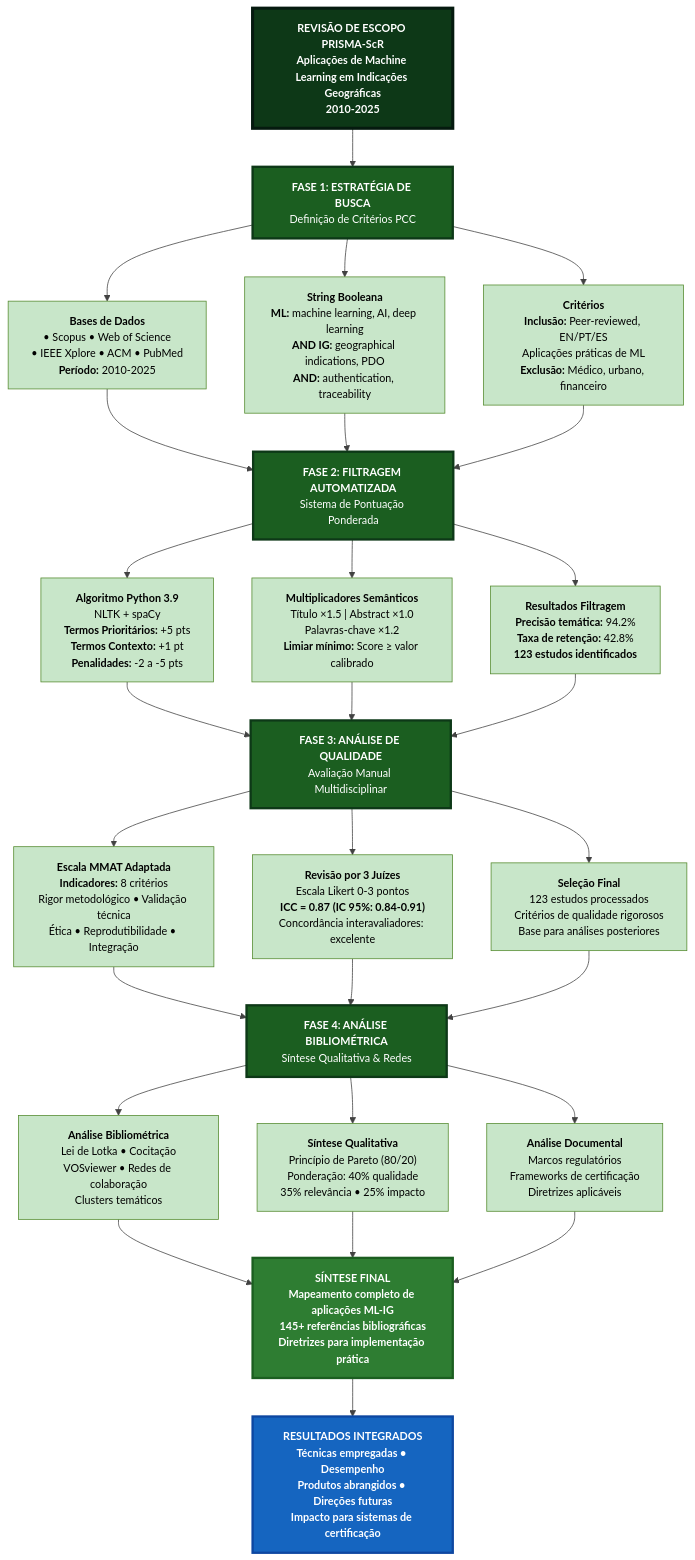
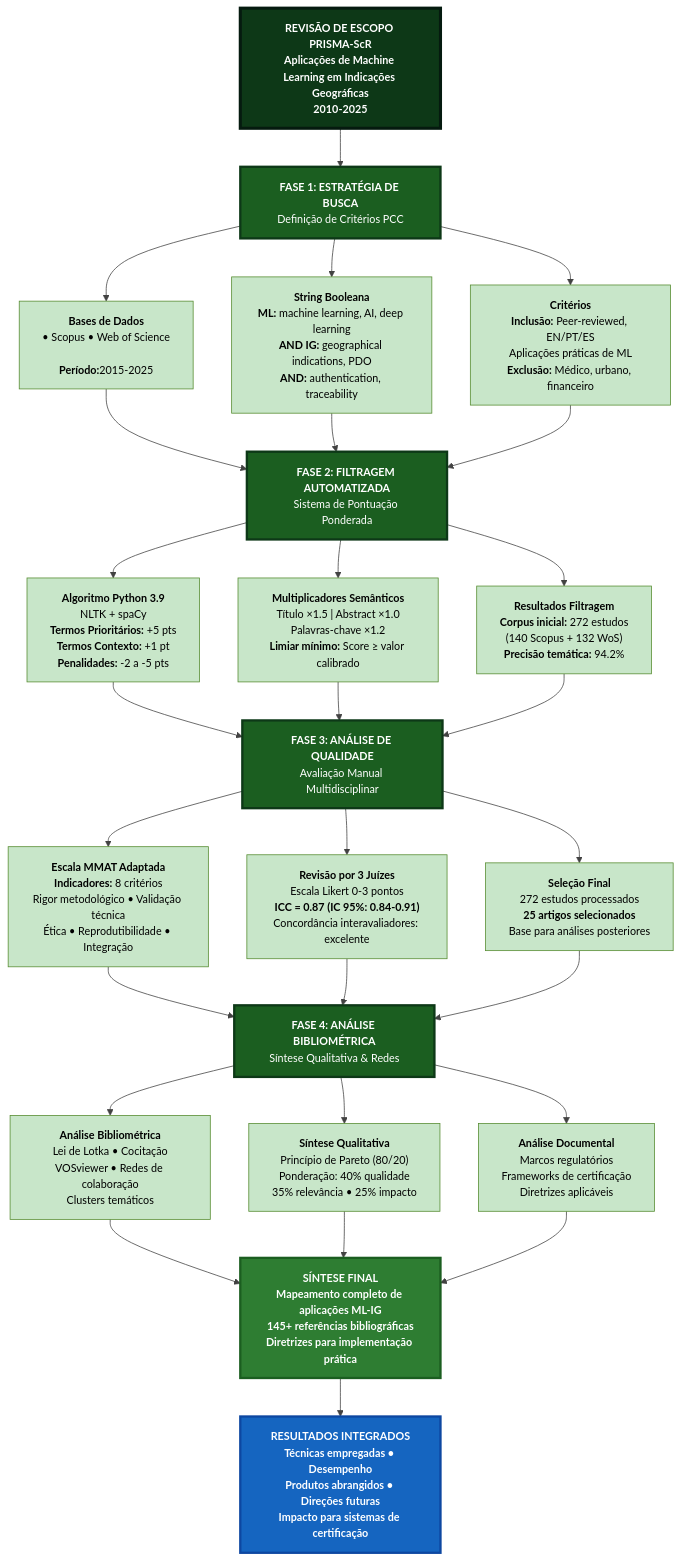
Before and after one commit to ldvsantos-uefs/revisaoescopo: the diagram in 1-MANUSCRITO/2-FIGURAS/revisao_sistematica_parte1.mmd, drawn with Mermaid. The commit also changed 21 other files, not shown here.

First line of the commit message:
Atualização completa da revisão de escopo com dados consolidados Scopus + WoS

```diff
--- a/1-MANUSCRITO/2-FIGURAS/revisao_sistematica_parte1.mmd
+++ b/1-MANUSCRITO/2-FIGURAS/revisao_sistematica_parte1.mmd
@@ -1,73 +1,73 @@
 %%{init: {'theme': 'base', 'themeVariables': { 'fontSize': '14px', 'primaryColor': '#1B5E20', 'primaryBorderColor': '#0D3817', 'lineColor': '#424242', 'tertiaryColor': '#C8E6C9'}, 'flowchart': {'useMaxWidth': true, 'htmlLabels': true, 'curve': 'basis'}}}%%
 
 flowchart TD
     
     START["<b>REVISÃO DE ESCOPO PRISMA-ScR</b><br/>Aplicações de Machine Learning em Indicações Geográficas<br/>2010-2025"]
     
     START --> SEARCH["<b>FASE 1: ESTRATÉGIA DE BUSCA</b><br/>Definição de Critérios PCC"]
     
-    SEARCH --> SEARCH_A["<b>Bases de Dados</b><br/>• Scopus • Web of Science<br/>• IEEE Xplore • ACM • PubMed<br/><b>Período:</b> 2010-2025"]
+    SEARCH --> SEARCH_A["<b>Bases de Dados</b><br/>• Scopus • Web of Science<br/><br/><b>Período:</b>2015-2025"]
     
     SEARCH --> SEARCH_B["<b>String Booleana</b><br/><b>ML:</b> machine learning, AI, deep learning<br/><b>AND IG:</b> geographical indications, PDO<br/><b>AND:</b> authentication, traceability"]
     
     SEARCH --> SEARCH_C["<b>Critérios</b><br/><b>Inclusão:</b> Peer-reviewed, EN/PT/ES<br/>Aplicações práticas de ML<br/><b>Exclusão:</b> Médico, urbano, financeiro"]
     
     SEARCH_A --> FILTER["<b>FASE 2: FILTRAGEM AUTOMATIZADA</b><br/>Sistema de Pontuação Ponderada"]
     SEARCH_B --> FILTER
     SEARCH_C --> FILTER
     
     FILTER --> FILTER_A["<b>Algoritmo Python 3.9</b><br/>NLTK + spaCy<br/><b>Termos Prioritários:</b> +5 pts<br/><b>Termos Contexto:</b> +1 pt<br/><b>Penalidades:</b> -2 a -5 pts"]
     
     FILTER --> FILTER_B["<b>Multiplicadores Semânticos</b><br/>Título ×1.5 | Abstract ×1.0<br/>Palavras-chave ×1.2<br/><b>Limiar mínimo:</b> Score ≥ valor calibrado"]
     
-    FILTER --> FILTER_C["<b>Resultados Filtragem</b><br/><b>Precisão temática:</b> 94.2%<br/><b>Taxa de retenção:</b> 42.8%<br/><b>123 estudos identificados</b>"]
+    FILTER --> FILTER_C["<b>Resultados Filtragem</b><br/><b>Corpus inicial:</b> 272 estudos<br/>(140 Scopus + 132 WoS)<br/><b>Precisão temática:</b> 94.2%"]
     
     FILTER_A --> QUALITY["<b>FASE 3: ANÁLISE DE QUALIDADE</b><br/>Avaliação Manual Multidisciplinar"]
     FILTER_B --> QUALITY
     FILTER_C --> QUALITY
     
     QUALITY --> QUALITY_A["<b>Escala MMAT Adaptada</b><br/><b>Indicadores:</b> 8 critérios<br/>Rigor metodológico • Validação técnica<br/>Ética • Reprodutibilidade • Integração"]
     
     QUALITY --> QUALITY_B["<b>Revisão por 3 Juízes</b><br/>Escala Likert 0-3 pontos<br/><b>ICC = 0.87 (IC 95%: 0.84-0.91)</b><br/>Concordância interavaliadores: excelente"]
     
-    QUALITY --> QUALITY_C["<b>Seleção Final</b><br/>123 estudos processados<br/>Critérios de qualidade rigorosos<br/>Base para análises posteriores"]
+    QUALITY --> QUALITY_C["<b>Seleção Final</b><br/>272 estudos processados<br/><b>25 artigos selecionados</b><br/>Base para análises posteriores"]
     
     QUALITY_A --> BIBLIO["<b>FASE 4: ANÁLISE BIBLIOMÉTRICA</b><br/>Síntese Qualitativa & Redes"]
     QUALITY_B --> BIBLIO
     QUALITY_C --> BIBLIO
     
     BIBLIO --> BIBLIO_A["<b>Análise Bibliométrica</b><br/>Lei de Lotka • Cocitação<br/>VOSviewer • Redes de colaboração<br/>Clusters temáticos"]
     
     BIBLIO --> BIBLIO_B["<b>Síntese Qualitativa</b><br/>Princípio de Pareto (80/20)<br/>Ponderação: 40% qualidade<br/>35% relevância • 25% impacto"]
     
     BIBLIO --> BIBLIO_C["<b>Análise Documental</b><br/>Marcos regulatórios<br/>Frameworks de certificação<br/>Diretrizes aplicáveis"]
     
     BIBLIO_A --> OUTPUT["<b>SÍNTESE FINAL</b><br/>Mapeamento completo de aplicações ML-IG<br/>145+ referências bibliográficas<br/>Diretrizes para implementação prática"]
     BIBLIO_B --> OUTPUT
     BIBLIO_C --> OUTPUT
     
     OUTPUT --> RESULT["<b>RESULTADOS INTEGRADOS</b><br/>Técnicas empregadas • Desempenho<br/>Produtos abrangidos • Direções futuras<br/>Impacto para sistemas de certificação"]
     
     %% ESTILOS
     style START fill:#0D3817,stroke:#051A0F,stroke-width:4px,color:#fff,font-weight:bold
     
     style SEARCH fill:#1B5E20,stroke:#0D3817,stroke-width:3px,color:#fff
     style FILTER fill:#1B5E20,stroke:#0D3817,stroke-width:3px,color:#fff
     style QUALITY fill:#1B5E20,stroke:#0D3817,stroke-width:3px,color:#fff
     style BIBLIO fill:#1B5E20,stroke:#0D3817,stroke-width:3px,color:#fff
     
     style SEARCH_A fill:#C8E6C9,stroke:#558B2F,stroke-width:1px,color:#000
     style SEARCH_B fill:#C8E6C9,stroke:#558B2F,stroke-width:1px,color:#000
     style SEARCH_C fill:#C8E6C9,stroke:#558B2F,stroke-width:1px,color:#000
     style FILTER_A fill:#C8E6C9,stroke:#558B2F,stroke-width:1px,color:#000
     style FILTER_B fill:#C8E6C9,stroke:#558B2F,stroke-width:1px,color:#000
     style FILTER_C fill:#C8E6C9,stroke:#558B2F,stroke-width:1px,color:#000
     style QUALITY_A fill:#C8E6C9,stroke:#558B2F,stroke-width:1px,color:#000
     style QUALITY_B fill:#C8E6C9,stroke:#558B2F,stroke-width:1px,color:#000
     style QUALITY_C fill:#C8E6C9,stroke:#558B2F,stroke-width:1px,color:#000
     style BIBLIO_A fill:#C8E6C9,stroke:#558B2F,stroke-width:1px,color:#000
     style BIBLIO_B fill:#C8E6C9,stroke:#558B2F,stroke-width:1px,color:#000
     style BIBLIO_C fill:#C8E6C9,stroke:#558B2F,stroke-width:1px,color:#000
     
     style OUTPUT fill:#2E7D32,stroke:#1B5E20,stroke-width:3px,color:#fff,font-weight:bold
     style RESULT fill:#1565C0,stroke:#0D47A1,stroke-width:3px,color:#fff,font-weight:bold
```
